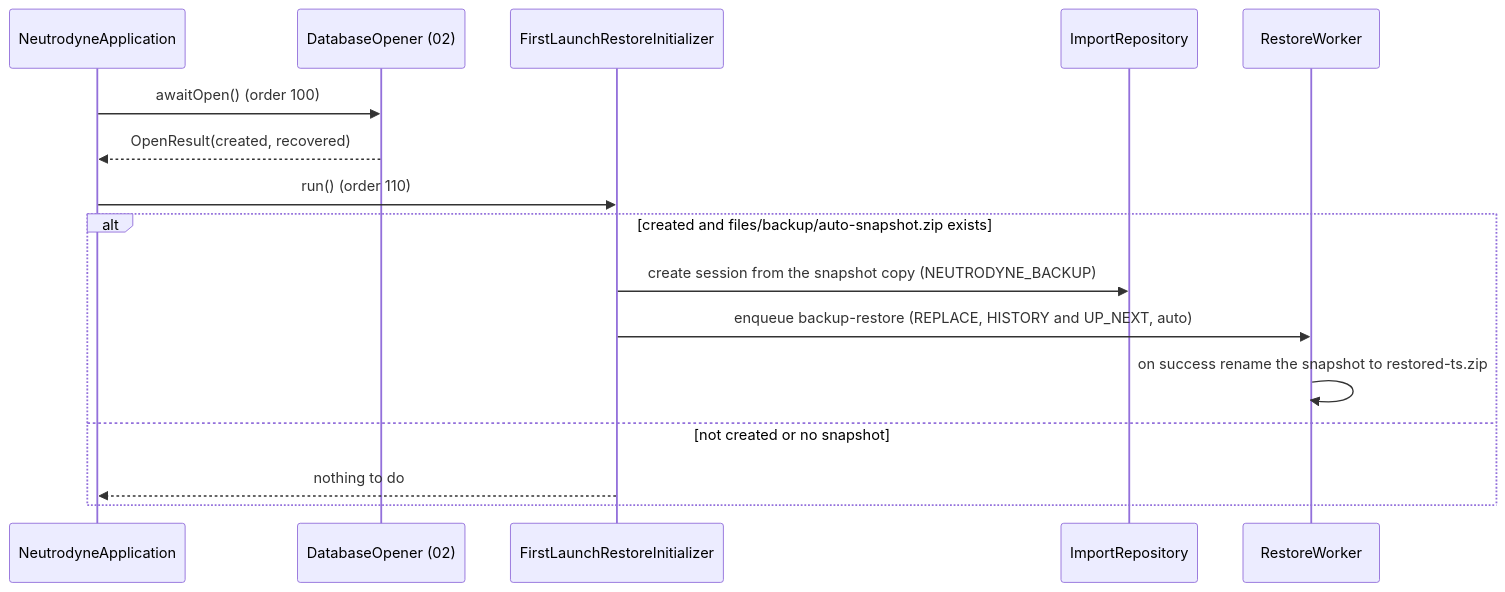
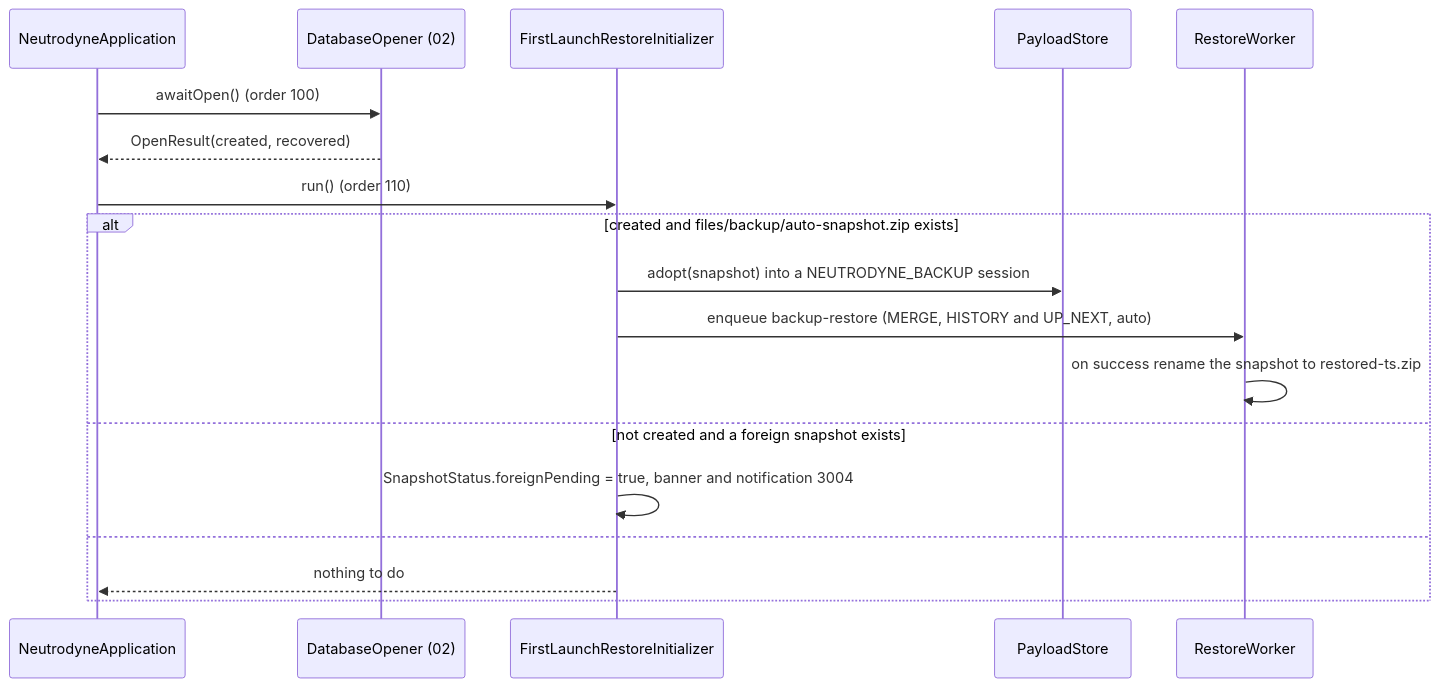
One commit to BigBoyDevBox/Neutrodyne changed the seventh of 8 diagrams in docs/design/05-groups-opml-backup.md. Above: the diagram before and after it, drawn with Mermaid. The commit also changed other lines of this file and 1 other file, not shown here.

````diff
--- a/docs/design/05-groups-opml-backup.md
+++ b/docs/design/05-groups-opml-backup.md
@@ -1309,18 +1376,20 @@
 ```mermaid
 sequenceDiagram
   participant A as NeutrodyneApplication
   participant D as DatabaseOpener (02)
   participant F as FirstLaunchRestoreInitializer
-  participant I as ImportRepository
+  participant P as PayloadStore
   participant W as RestoreWorker
   A->>D: awaitOpen() (order 100)
   D-->>A: OpenResult(created, recovered)
   A->>F: run() (order 110)
   alt created and files/backup/auto-snapshot.zip exists
-    F->>I: create session from the snapshot copy (NEUTRODYNE_BACKUP)
-    F->>W: enqueue backup-restore (REPLACE, HISTORY and UP_NEXT, auto)
+    F->>P: adopt(snapshot) into a NEUTRODYNE_BACKUP session
+    F->>W: enqueue backup-restore (MERGE, HISTORY and UP_NEXT, auto)
     W->>W: on success rename the snapshot to restored-ts.zip
-  else not created or no snapshot
+  else not created and a foreign snapshot exists
+    F->>F: SnapshotStatus.foreignPending = true, banner and notification 3004
+  else
     F-->>A: nothing to do
   end
 ```
````
